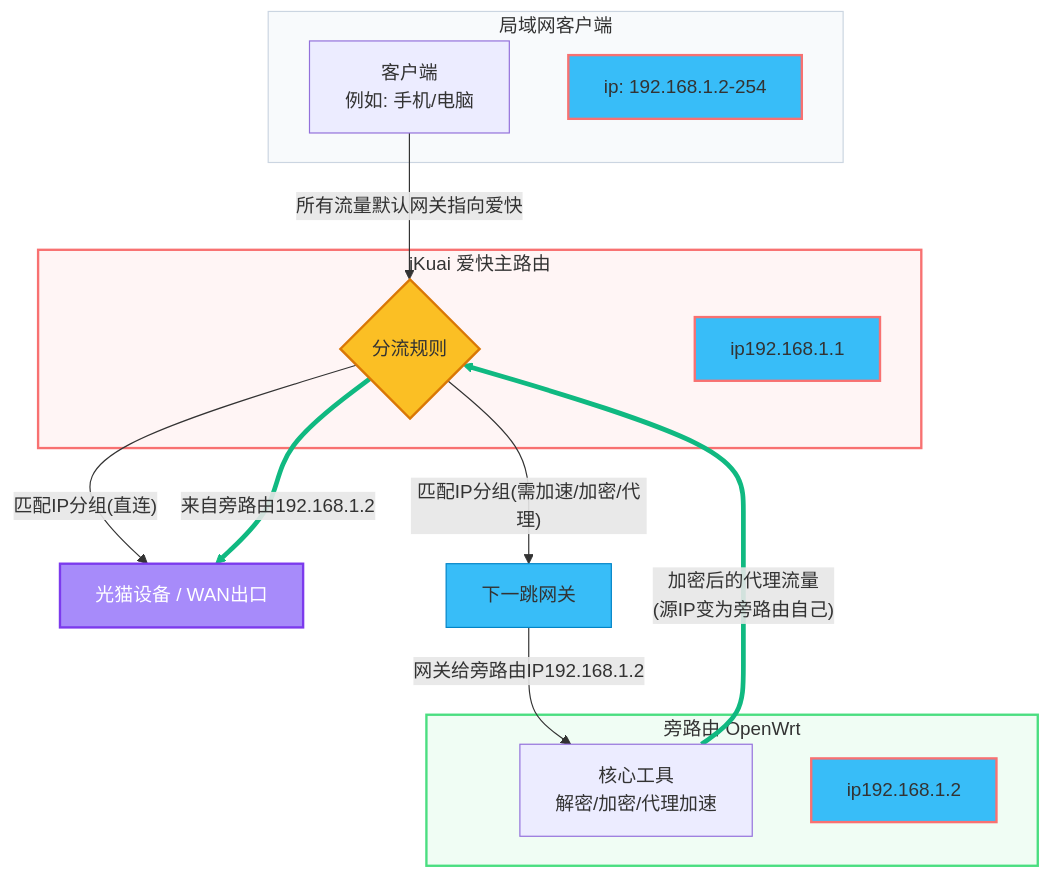
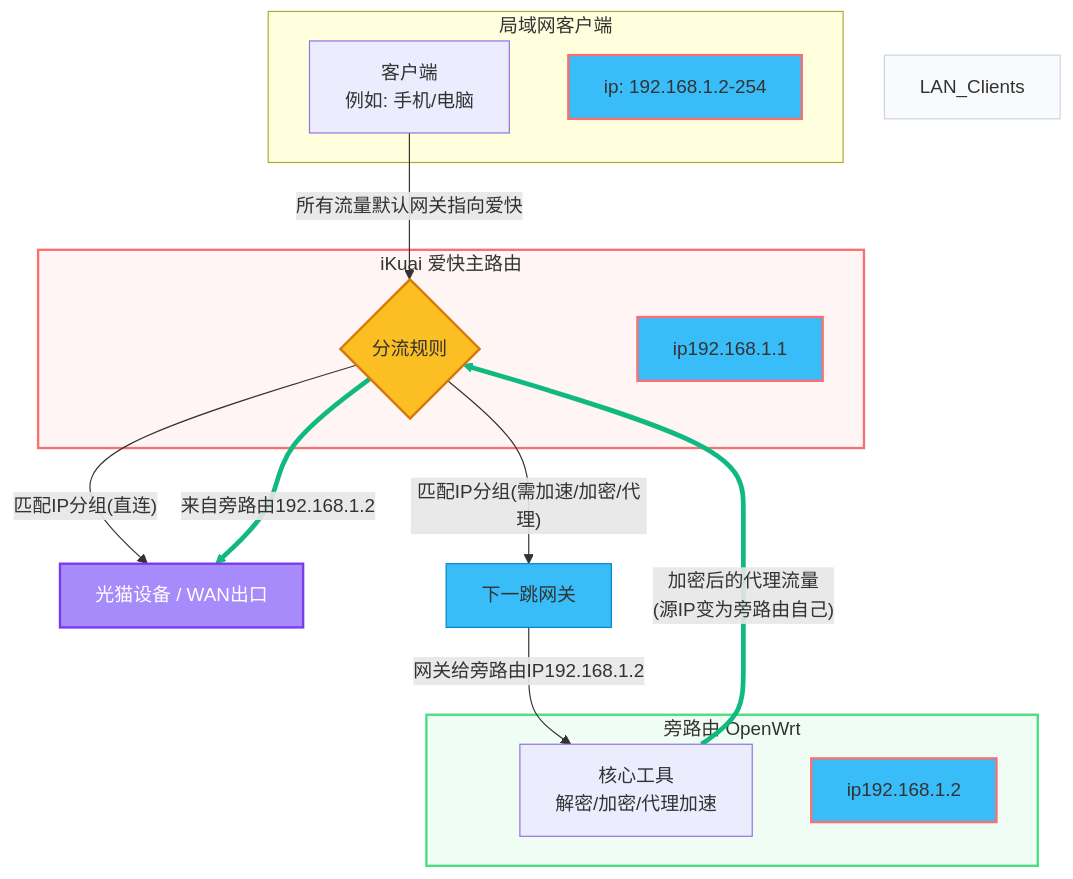
One commit to joyanhui/ikuai-bypass changed the first of 2 diagrams in docs/router-mode.md. Above: the diagram before and after it, drawn with Mermaid. The commit also changed other lines of this file and 1 other file, not shown here.

First line of the commit message:
fix(docs): use mermaid.render() directly and fix Mermaid v10 syntax

````diff
--- a/docs/router-mode.md
+++ b/docs/router-mode.md
@@ -33,55 +33,55 @@
 ```mermaid
 graph TD
     %% 外部环境
     光猫设备[光猫设备 / WAN出口]
     
     %% 局域网客户端
-    subgraph LAN_Clients [局域网客户端]
-        Client1[客户端  <br>例如: 手机/电脑<br>]
+    subgraph 局域网客户端
+        Client1["客户端<br/>例如: 手机/电脑"]
         ClientIP[ip: 192.168.1.2-254]
     end
     
     %% 爱快主路由系统（独立子图）
-    subgraph iKuai_Sys [iKuai 爱快主路由]
+    subgraph iKuai_Sys[iKuai 爱快主路由]
         Check{分流规则}
         iKuaiIP[ip192.168.1.1]
     end
 
     %% 旁路由系统（独立子图）
-    subgraph Proxy_Sys [旁路由 OpenWrt]
-        Proxy_Core[核心工具 <br>解密/加密/代理加速]
+    subgraph Proxy_Sys[旁路由 OpenWrt]
+        Proxy_Core["核心工具<br/>解密/加密/代理加速"]
         OpenWrtIP[ip192.168.1.2]
     end
 
     %% --- 流量走向连线 ---
     
     %% 1. 客户端发起请求
     Client1 --> |所有流量默认网关指向爱快| Check
     
     %% 2. 爱快内部规则判断
     Check --> |"匹配IP分组(需加速/加密/代理)"| NextHop[下一跳网关]
     NextHop --> |网关给旁路由IP192.168.1.2| Proxy_Core
     
     Check --> |"匹配IP分组(直连)"| 光猫设备
     Check --> |"来自旁路由192.168.1.2"| 光猫设备
 
     %% 3. 旁路由处理完毕后回传
-    Proxy_Core ==> |"加密后的代理流量 <br>(源IP变为旁路由自己)"| Check
+    Proxy_Core ==> |"加密后的代理流量<br/>(源IP变为旁路由自己)"| Check
 
     %% --- 样式与颜色优化 ---
     
     linkStyle 4 stroke:#10b981,stroke-width:4px;
     linkStyle 5 stroke:#10b981,stroke-width:4px;
     
     style iKuai_Sys fill:#fff5f5,stroke:#f87171,stroke-width:2px
     style Proxy_Sys fill:#f0fdf4,stroke:#4ade80,stroke-width:2px
     style LAN_Clients fill:#f8fafc,stroke:#cbd5e1,stroke-width:1px
     
     style Check fill:#fbbf24,stroke:#d97706,stroke-width:2px
     style NextHop fill:#38bdf8,stroke:#0284c7,stroke-width:1px
     style 光猫设备 fill:#a78bfa,stroke:#7c3aed,stroke-width:2px,color:#fff
     
     style ClientIP fill:#38bdf8,stroke:#f87171,stroke-width:2px
     style iKuaiIP fill:#38bdf8,stroke:#f87171,stroke-width:2px
     style OpenWrtIP fill:#38bdf8,stroke:#f87171,stroke-width:2px
 ```
````
